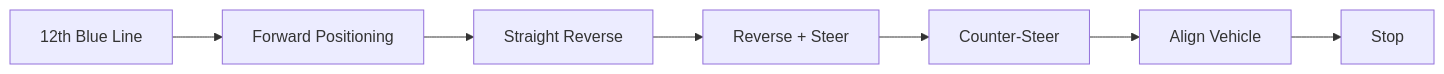
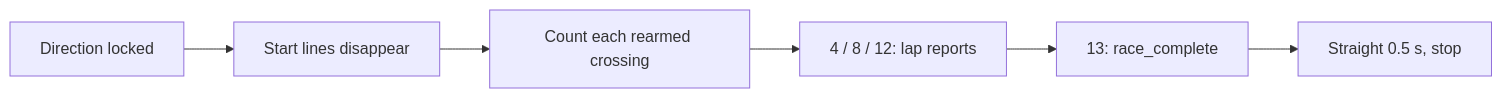
Before and after one commit to The-Mech-Minds/WRO26_Future-Engineers_TMM: the third of 3 diagrams in README.md, drawn with Mermaid. The commit also changed other lines of this file, not shown here.

````diff
--- a/README.md
+++ b/README.md
@@ -472,9 +106,8 @@
 ```mermaid
 flowchart LR
-    A["12th Blue Line"] --> B["Forward Positioning"]
-    B --> C["Straight Reverse"]
-    C --> D["Reverse + Steer"]
-    D --> E["Counter-Steer"]
-    E --> F["Align Vehicle"]
-    F --> G["Stop"]
+    A["Direction locked"] --> B["Start lines disappear"]
+    B --> C["Count each rearmed crossing"]
+    C --> D["4 / 8 / 12: lap reports"]
+    D --> E["13: race_complete"]
+    E --> F["Straight 0.5 s, stop"]
 ```
````
